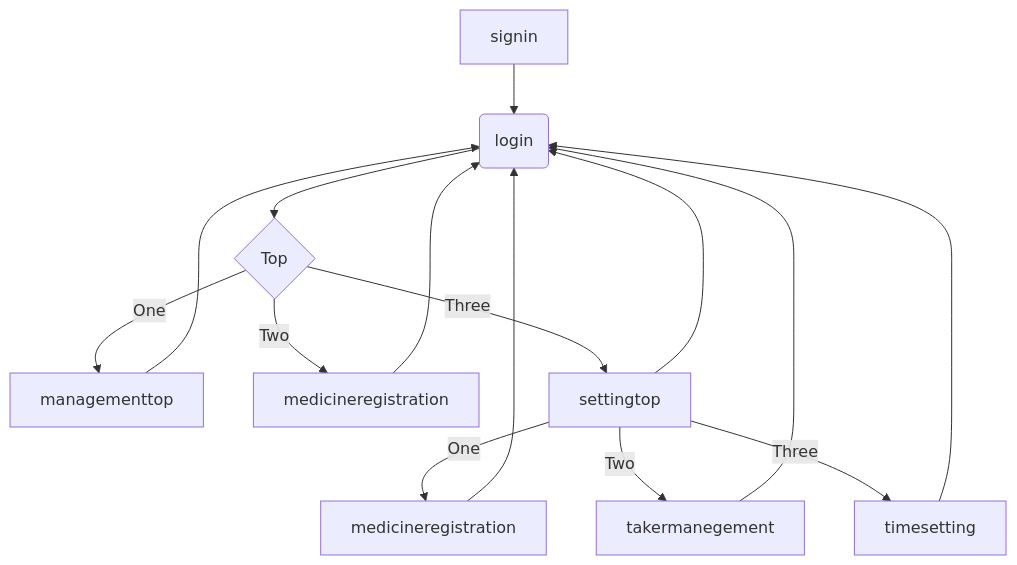
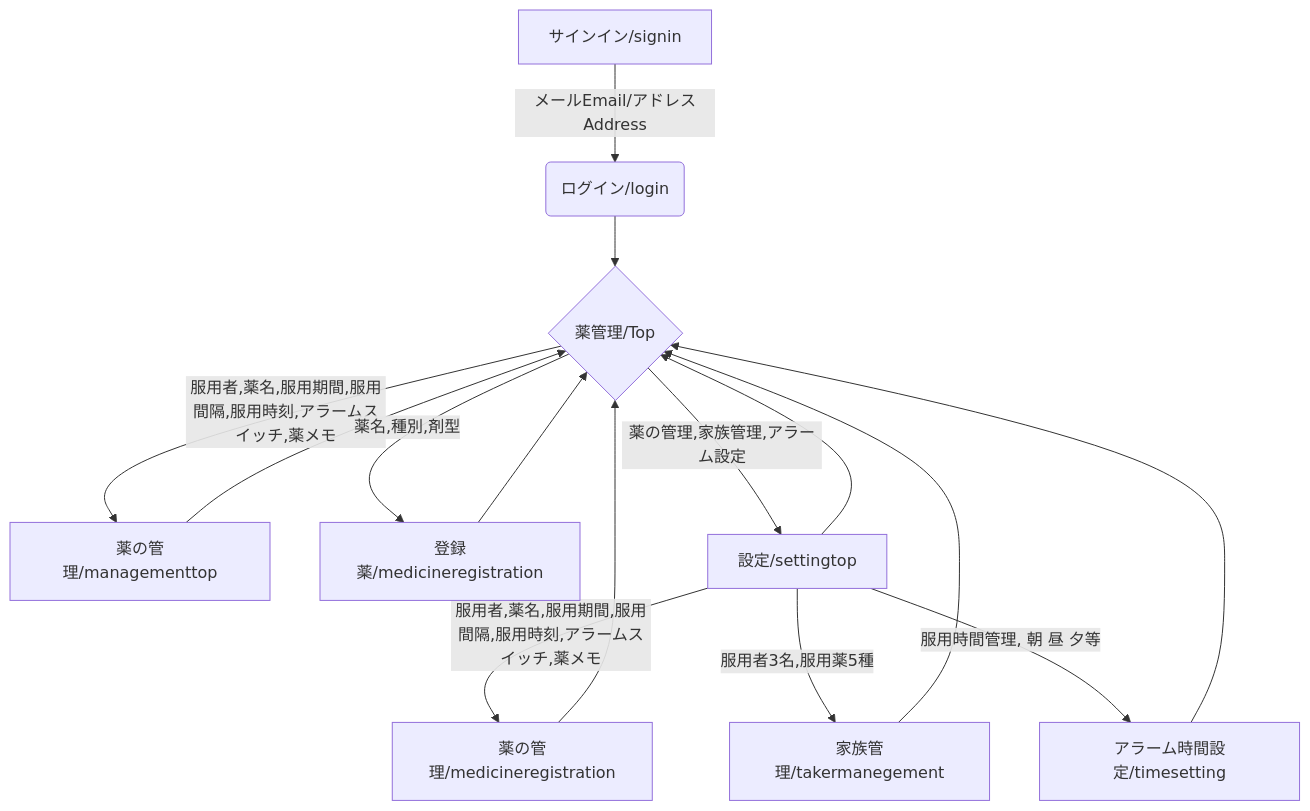
The diagram in README.md (yoshiayu/kusurikanri), drawn with Mermaid before and after one commit.

````diff
--- a/README.md
+++ b/README.md
@@ -32,17 +32,17 @@
 ```mermaid
     graph TD;
-            A[signin]-->B(login);
-            B-->C{Top};
-            C-->|One|D[managementtop];
-            C-->|Two|E[medicineregistration];
-            C-->|Three|F[settingtop];
-            F-->|One|G[medicineregistration];
-            F-->|Two|H[takermanegement];
-            F-->|Three|I[timesetting];
-            D-->B;
-            E-->B;
-            F-->B;
-            G-->B;
-            H-->B;
-            I-->B;
+            A[サインイン/signin]-->|メールEmail/アドレスAddress|B(ログイン/login);
+            B-->C{薬管理/Top};
+            C-->|服用者,薬名,服用期間,服用間隔,服用時刻,アラームスイッチ,薬メモ|D[薬の管理/managementtop];
+            C-->|薬名,種別,剤型|E[登録薬/medicineregistration];
+            C-->|薬の管理,家族管理,アラーム設定|F[設定/settingtop];
+            F-->|服用者,薬名,服用期間,服用間隔,服用時刻,アラームスイッチ,薬メモ|G[薬の管理/medicineregistration];
+            F-->|服用者3名,服用薬5種|H[家族管理/takermanegement];
+            F-->|服用時間管理,  朝  昼  夕等|I[アラーム時間設定/timesetting];
+            D-->C;
+            E-->C;
+            F-->C;
+            G-->C;
+            H-->C;
+            I-->C;
 ```
````
